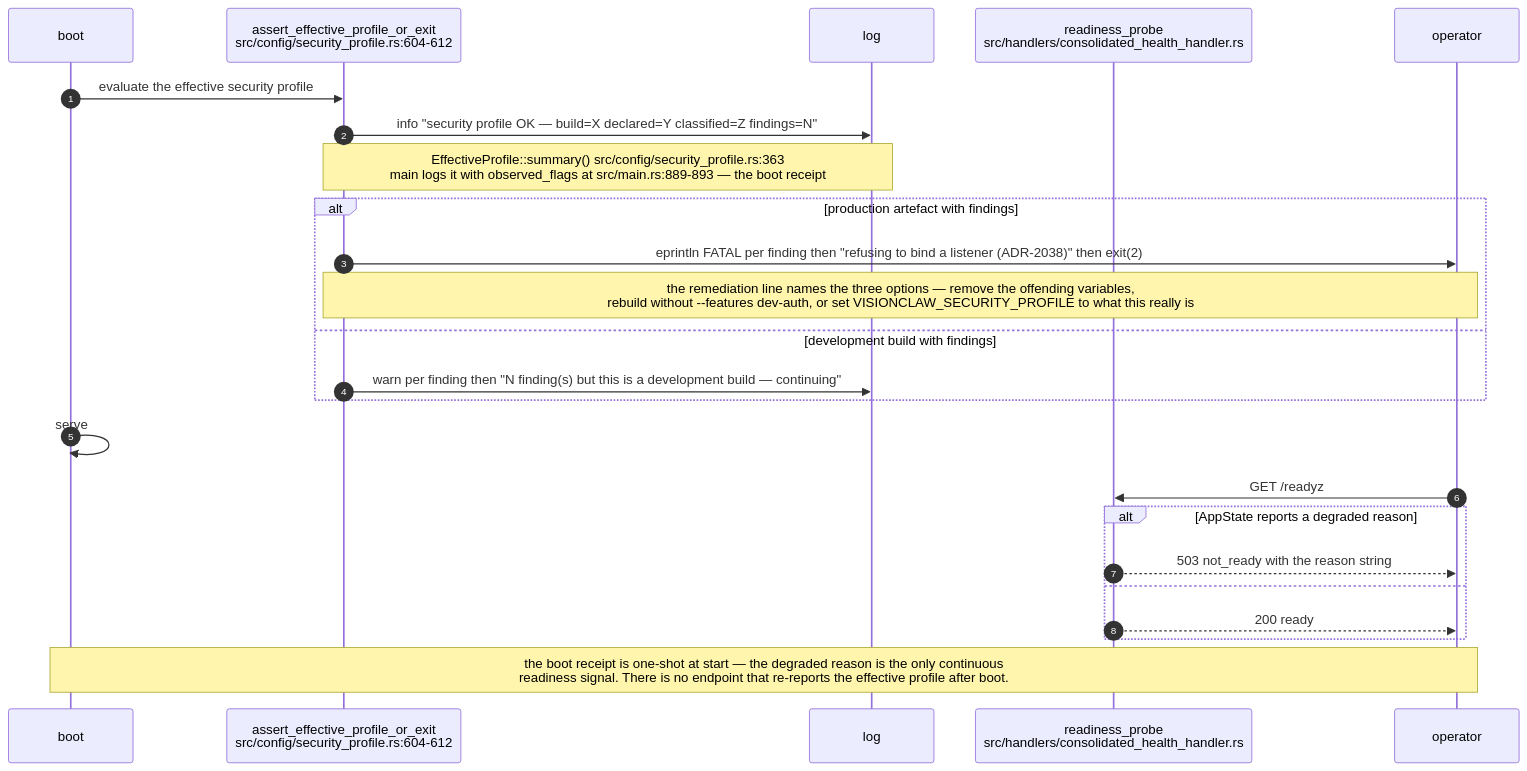
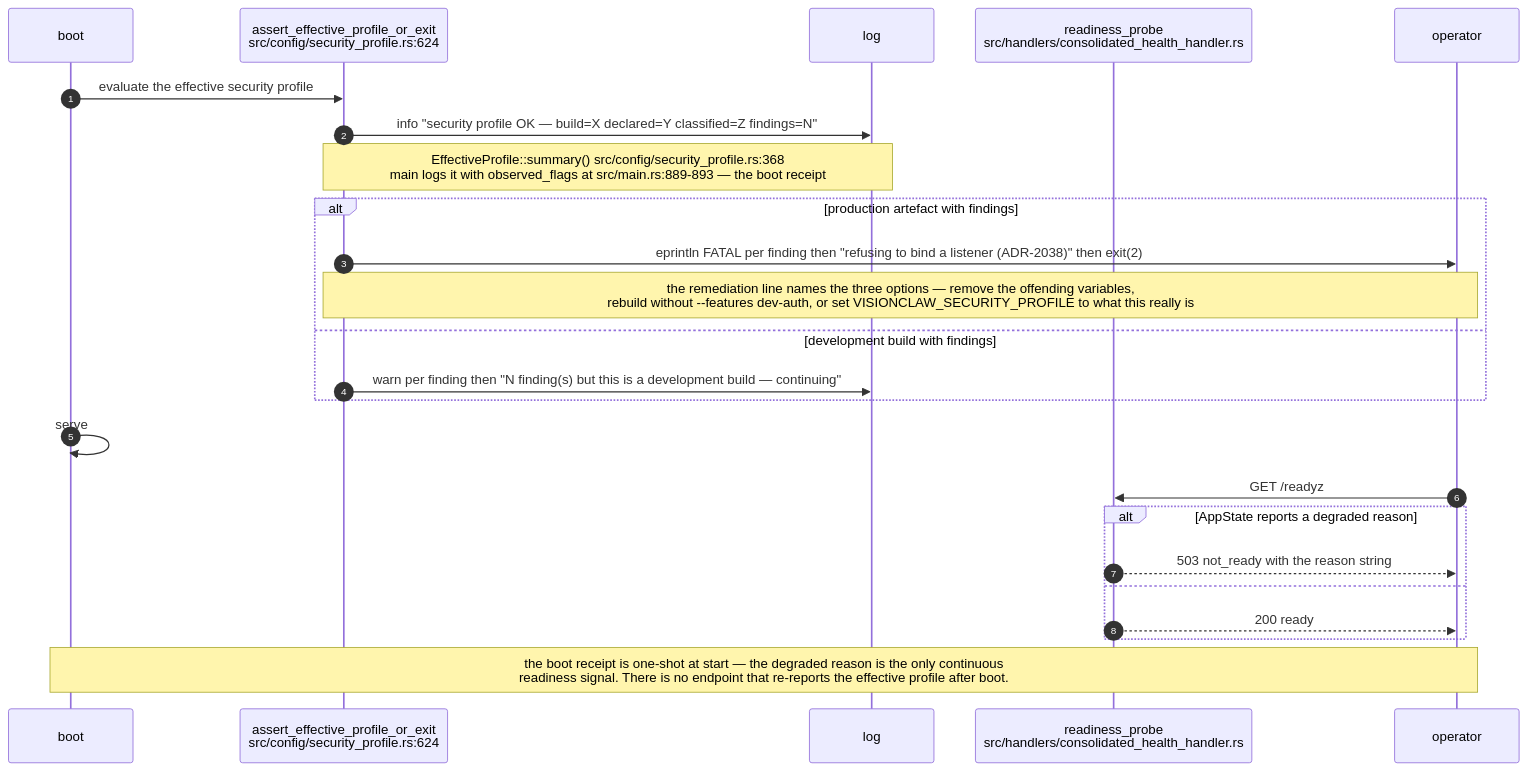
One commit to DreamLab-AI/VisionFlow changed diagram 12 of 12 in docs/diagrams/visionclaw/08-observability-health-and-dev-loop.md. Above: the diagram before and after it, drawn with Mermaid. The commit also changed other lines of this file and 51 other files, not shown here.

First line of the commit message:
docs(diagrams): agentbox AB-01..13 re-attested anchor by anchor (980 anchors, 22 defects); checkpoint against an out-of-mesh writer

````diff
--- a/docs/diagrams/visionclaw/08-observability-health-and-dev-loop.md
+++ b/docs/diagrams/visionclaw/08-observability-health-and-dev-loop.md
@@ -367,27 +367,27 @@
 ```mermaid
 sequenceDiagram
     autonumber
     participant B as boot
-    participant P as assert_effective_profile_or_exit<br/>src/config/security_profile.rs:604-612
+    participant P as assert_effective_profile_or_exit<br/>src/config/security_profile.rs:624
     participant L as log
     participant R as readiness_probe<br/>src/handlers/consolidated_health_handler.rs
     participant O as operator
 
     B->>P: evaluate the effective security profile
     P->>L: info "security profile OK — build=X declared=Y classified=Z findings=N"
-    Note over P,L: EffectiveProfile::summary() src/config/security_profile.rs:363<br/>main logs it with observed_flags at src/main.rs:889-893 — the boot receipt
+    Note over P,L: EffectiveProfile::summary() src/config/security_profile.rs:368<br/>main logs it with observed_flags at src/main.rs:889-893 — the boot receipt
     alt production artefact with findings
         P->>O: eprintln FATAL per finding then "refusing to bind a listener (ADR-2038)" then exit(2)
         Note over P,O: the remediation line names the three options — remove the offending variables,<br/>rebuild without --features dev-auth, or set VISIONCLAW_SECURITY_PROFILE to what this really is
     else development build with findings
         P->>L: warn per finding then "N finding(s) but this is a development build — continuing"
     end
     B->>B: serve
     O->>R: GET /readyz
     alt AppState reports a degraded reason
         R-->>O: 503 not_ready with the reason string
     else
         R-->>O: 200 ready
     end
     Note over B,O: the boot receipt is one-shot at start — the degraded reason is the only continuous<br/>readiness signal. There is no endpoint that re-reports the effective profile after boot.
 ```
````
